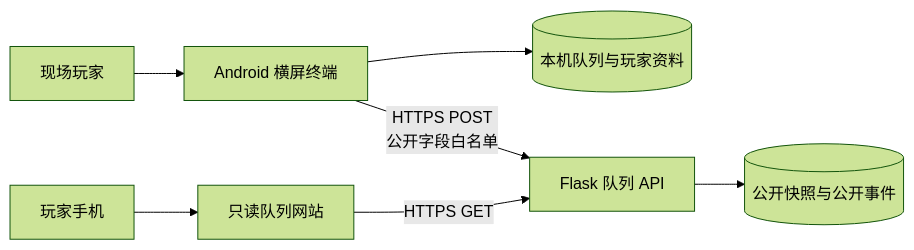
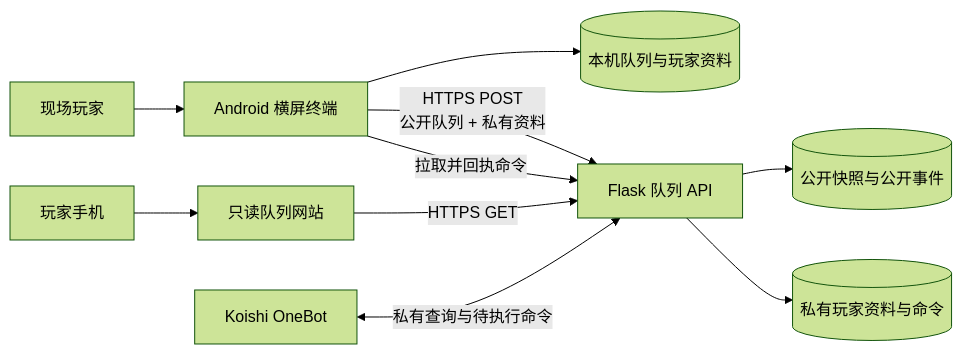
One commit to tsuba-abcccc/maimai-queue-terminal changed the diagram in README.md. Above: the diagram before and after it, drawn with Mermaid (forest theme). The commit also changed other lines of this file and 45 other files, not shown here.

````diff
--- a/README.md
+++ b/README.md
@@ -105,9 +113,12 @@
 ```mermaid
 flowchart LR
     Player[现场玩家] --> Terminal[Android 横屏终端]
     Terminal --> Local[(本机队列与玩家资料)]
-    Terminal -->|HTTPS POST<br/>公开字段白名单| API[Flask 队列 API]
+    Terminal -->|HTTPS POST<br/>公开队列 + 私有资料| API[Flask 队列 API]
     API --> PublicDB[(公开快照与公开事件)]
+    API --> PrivateDB[(私有玩家资料与命令)]
     Web[只读队列网站] -->|HTTPS GET| API
     Viewer[玩家手机] --> Web
+    Bot[Koishi OneBot] <-->|私有查询与待执行命令| API
+    Terminal -->|拉取并回执命令| API
 ```
````
